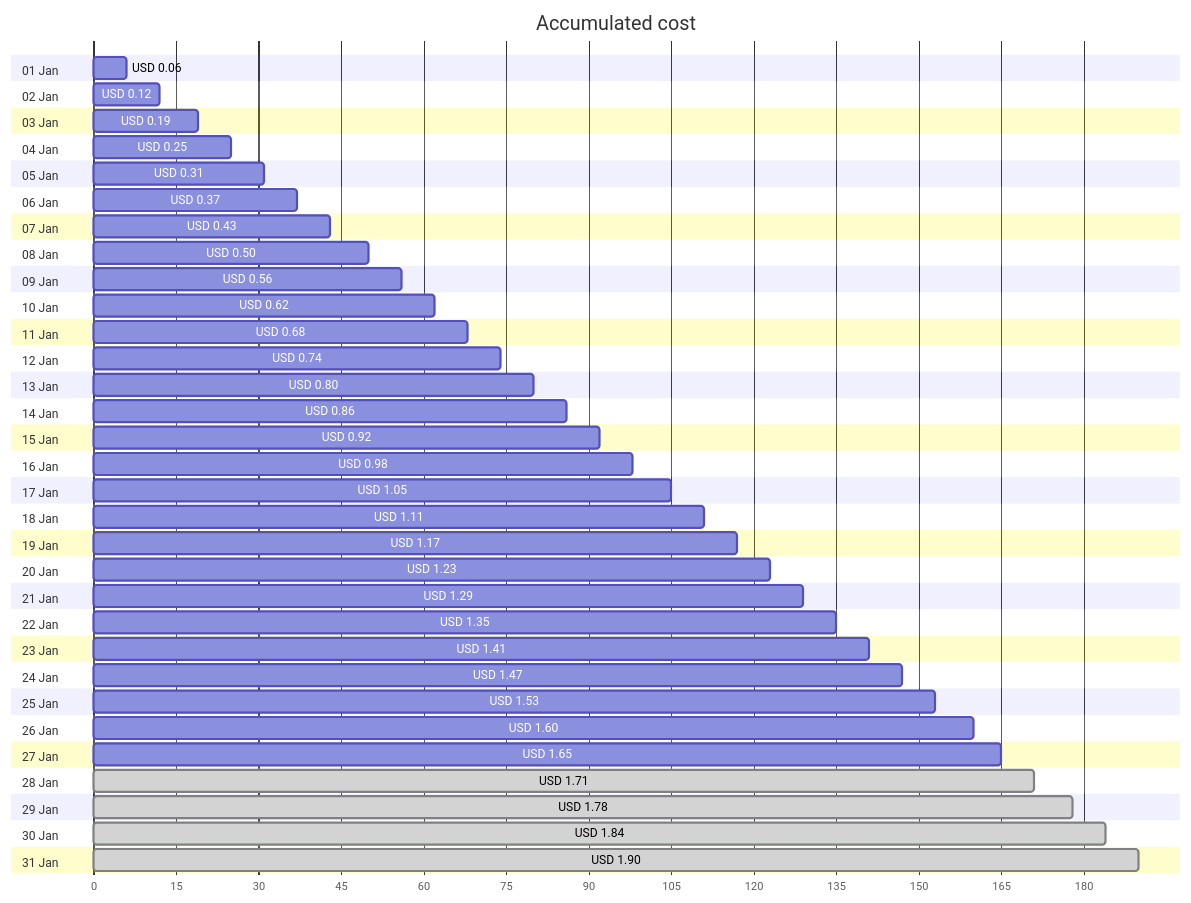
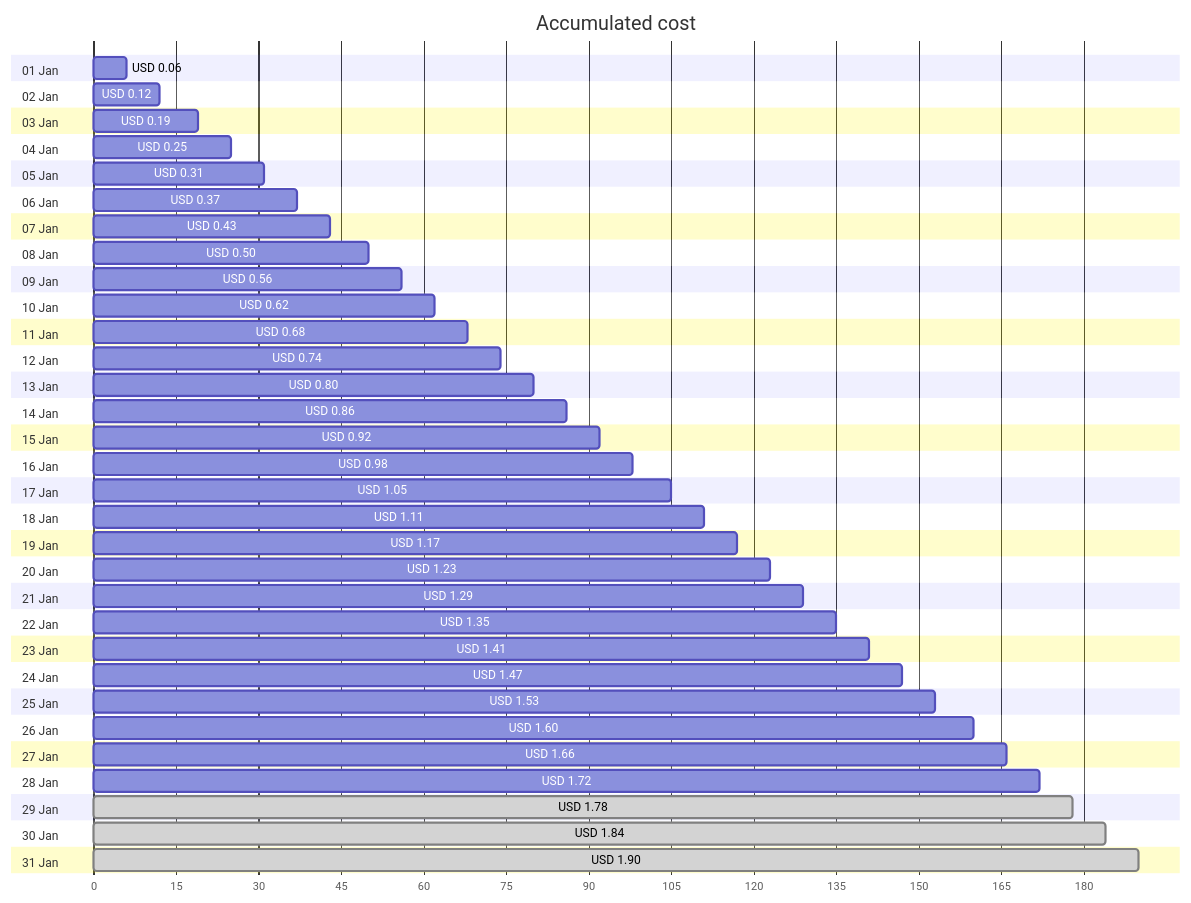
The first of 4 diagrams in cost-reports/personal-network/backup-server_OsDisk.md (jpfulton/azure-personal-reports), drawn with Mermaid before and after one commit. The commit also changed other lines of this file and 8 other files, not shown here.

````diff
--- a/cost-reports/personal-network/backup-server_OsDisk.md
+++ b/cost-reports/personal-network/backup-server_OsDisk.md
@@ -20,68 +20,68 @@
 ```mermaid
 gantt
    title Accumulated cost
    dateFormat  X
    axisFormat %s
    section 01 Jan
    USD 0.06 :0, 6
    section 02 Jan
    USD 0.12 :0, 12
    section 03 Jan
    USD 0.19 :0, 19
    section 04 Jan
    USD 0.25 :0, 25
    section 05 Jan
    USD 0.31 :0, 31
    section 06 Jan
    USD 0.37 :0, 37
    section 07 Jan
    USD 0.43 :0, 43
    section 08 Jan
    USD 0.50 :0, 50
    section 09 Jan
    USD 0.56 :0, 56
    section 10 Jan
    USD 0.62 :0, 62
    section 11 Jan
    USD 0.68 :0, 68
    section 12 Jan
    USD 0.74 :0, 74
    section 13 Jan
    USD 0.80 :0, 80
    section 14 Jan
    USD 0.86 :0, 86
    section 15 Jan
    USD 0.92 :0, 92
    section 16 Jan
    USD 0.98 :0, 98
    section 17 Jan
    USD 1.05 :0, 105
    section 18 Jan
    USD 1.11 :0, 111
    section 19 Jan
    USD 1.17 :0, 117
    section 20 Jan
    USD 1.23 :0, 123
    section 21 Jan
    USD 1.29 :0, 129
    section 22 Jan
    USD 1.35 :0, 135
    section 23 Jan
    USD 1.41 :0, 141
    section 24 Jan
    USD 1.47 :0, 147
    section 25 Jan
    USD 1.53 :0, 153
    section 26 Jan
    USD 1.60 :0, 160
    section 27 Jan
-   USD 1.65 :0, 165
+   USD 1.66 :0, 166
    section 28 Jan
-   USD 1.71 : done, 0, 171
+   USD 1.72 :0, 172
    section 29 Jan
    USD 1.78 : done, 0, 178
    section 30 Jan
    USD 1.84 : done, 0, 184
    section 31 Jan
    USD 1.90 : done, 0, 190
 ```
````
